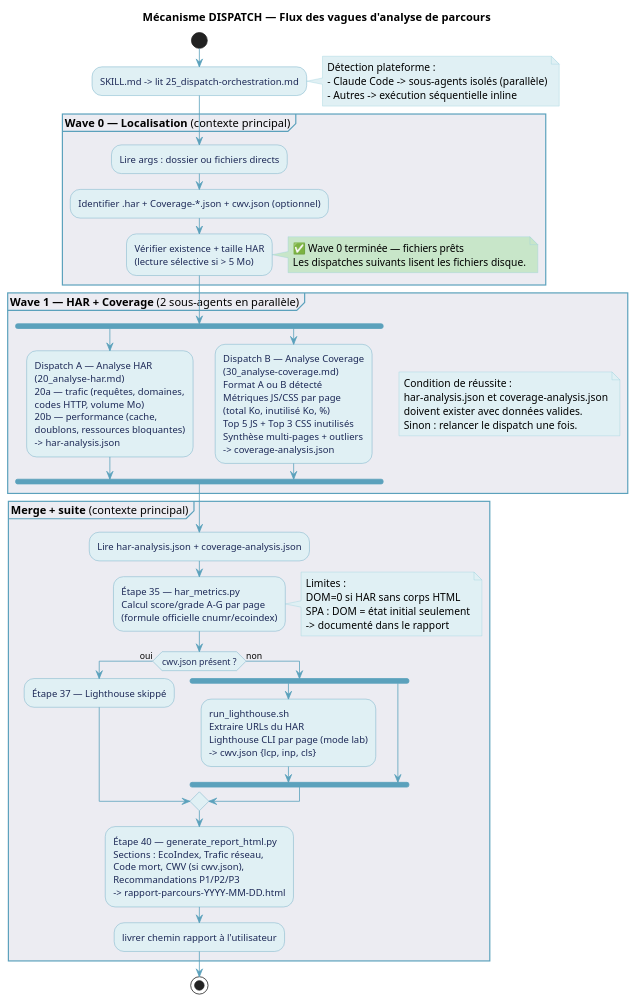
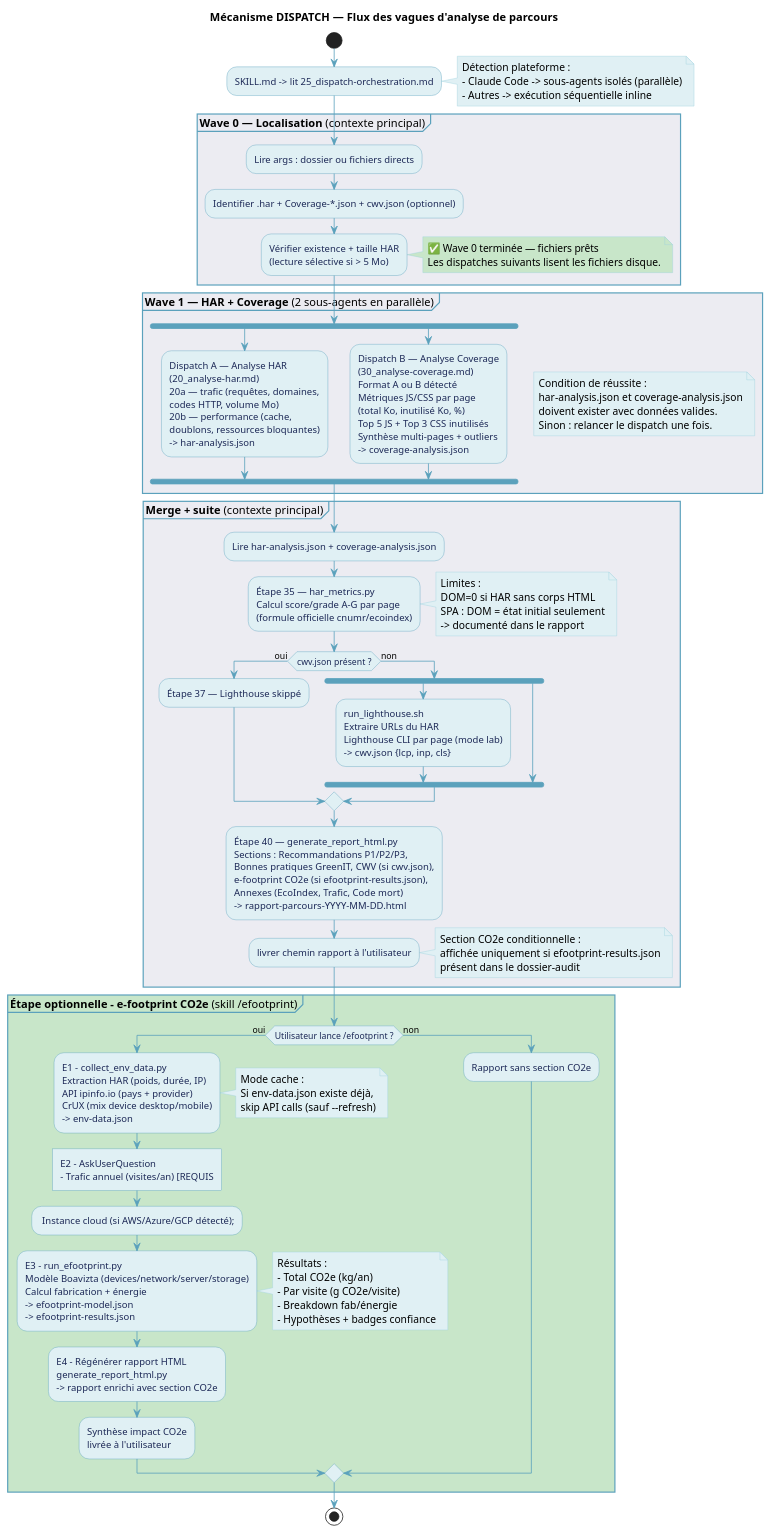
The diagram in documentation/diagramme/analyse-parcours-dispatch-activite.puml (Boavizta/eroom), drawn with PlantUML before and after one commit. The commit also changed 5 other files, not shown here.

First line of the commit message:
feat(diagrammes): réorganisation + ajout page 4 e-footprint

```diff
--- a/documentation/diagramme/analyse-parcours-dispatch-activite.puml
+++ b/documentation/diagramme/analyse-parcours-dispatch-activite.puml
@@ -1,109 +1,159 @@
 @startuml analyse-parcours-dispatch-activite
 title Mécanisme DISPATCH — Flux des vagues d'analyse de parcours
 
 skinparam backgroundColor #FFFFFF
 skinparam activity {
   BackgroundColor #E0F0F4
   BorderColor #5BA1BC
   FontColor #1C2856
   DiamondBackgroundColor #E0F0F4
   DiamondBorderColor #5BA1BC
 }
 skinparam ArrowColor #5BA1BC
 skinparam ActivityBarColor #5BA1BC
 skinparam NoteBackgroundColor #E0F0F4
 skinparam NoteBorderColor #9BD0DD
 skinparam PartitionBackgroundColor #ECECF2
 skinparam PartitionBorderColor #5BA1BC
 
 |#E0F0F4| Contexte principal |
 start
 
 :SKILL.md -> lit 25_dispatch-orchestration.md;
 
 note right
   Détection plateforme :
   - Claude Code -> sous-agents isolés (parallèle)
   - Autres -> exécution séquentielle inline
 end note
 
 partition "**Wave 0 — Localisation** (contexte principal)" {
   :Lire args : dossier ou fichiers directs;
   :Identifier .har + Coverage-*.json + cwv.json (optionnel);
   :Vérifier existence + taille HAR\n(lecture sélective si > 5 Mo);
 }
 
 note right #C8E6C9
   ✅ Wave 0 terminée — fichiers prêts
   Les dispatches suivants lisent les fichiers disque.
 end note
 
 partition "**Wave 1 — HAR + Coverage** (2 sous-agents en parallèle)" {
   fork
     :Dispatch A — Analyse HAR
     (20_analyse-har.md)
     20a — trafic (requêtes, domaines,
     codes HTTP, volume Mo)
     20b — performance (cache,
     doublons, ressources bloquantes)
     -> har-analysis.json;
   fork again
     :Dispatch B — Analyse Coverage
     (30_analyse-coverage.md)
     Format A ou B détecté
     Métriques JS/CSS par page
     (total Ko, inutilisé Ko, %)
     Top 5 JS + Top 3 CSS inutilisés
     Synthèse multi-pages + outliers
     -> coverage-analysis.json;
   end fork
 }
 
 note right
   Condition de réussite :
   har-analysis.json et coverage-analysis.json
   doivent exister avec données valides.
   Sinon : relancer le dispatch une fois.
 end note
 
 partition "**Merge + suite** (contexte principal)" {
   :Lire har-analysis.json + coverage-analysis.json;
   :Étape 35 — har_metrics.py
   Calcul score/grade A-G par page
   (formule officielle cnumr/ecoindex);
 
   note right
     Limites :
     DOM=0 si HAR sans corps HTML
     SPA : DOM = état initial seulement
     -> documenté dans le rapport
   end note
 
   if (cwv.json présent ?) then (oui)
     :Étape 37 — Lighthouse skippé;
   else (non)
     fork
       :run_lighthouse.sh
       Extraire URLs du HAR
       Lighthouse CLI par page (mode lab)
       -> cwv.json {lcp, inp, cls};
     fork again
       note right #FFECB3
         Si Lighthouse indisponible :
         warning, rapport sans CWV
       end note
     end fork
   endif
 
   :Étape 40 — generate_report_html.py
-  Sections : EcoIndex, Trafic réseau,
-  Code mort, CWV (si cwv.json),
-  Recommandations P1/P2/P3
+  Sections : Recommandations P1/P2/P3,
+  Bonnes pratiques GreenIT, CWV (si cwv.json),
+  e-footprint CO2e (si efootprint-results.json),
+  Annexes (EcoIndex, Trafic, Code mort)
   -> rapport-parcours-YYYY-MM-DD.html;
 
   :livrer chemin rapport à l'utilisateur;
+
+  note right #E0F0F4
+    Section CO2e conditionnelle :
+    affichée uniquement si efootprint-results.json
+    présent dans le dossier-audit
+  end note
+}
+
+partition "**Étape optionnelle - e-footprint CO2e** (skill /efootprint)" #C8E6C9 {
+  if (Utilisateur lance /efootprint ?) then (oui)
+    :E1 - collect_env_data.py
+    Extraction HAR (poids, durée, IP)
+    API ipinfo.io (pays + provider)
+    CrUX (mix device desktop/mobile)
+    -> env-data.json;
+
+    note right
+      Mode cache :
+      Si env-data.json existe déjà,
+      skip API calls (sauf --refresh)
+    end note
+
+    :E2 - AskUserQuestion
+    - Trafic annuel (visites/an) [REQUIS]
+    - Instance cloud (si AWS/Azure/GCP détecté);
+
+    :E3 - run_efootprint.py
+    Modèle Boavizta (devices/network/server/storage)
+    Calcul fabrication + énergie
+    -> efootprint-model.json
+    -> efootprint-results.json;
+
+    note right
+      Résultats :
+      - Total CO2e (kg/an)
+      - Par visite (g CO2e/visite)
+      - Breakdown fab/énergie
+      - Hypothèses + badges confiance
+    end note
+
+    :E4 - Régénérer rapport HTML
+    generate_report_html.py
+    -> rapport enrichi avec section CO2e;
+
+    :Synthèse impact CO2e
+    livrée à l'utilisateur;
+  else (non)
+    :Rapport sans section CO2e;
+  endif
 }
 
 stop
 
 @enduml
```
